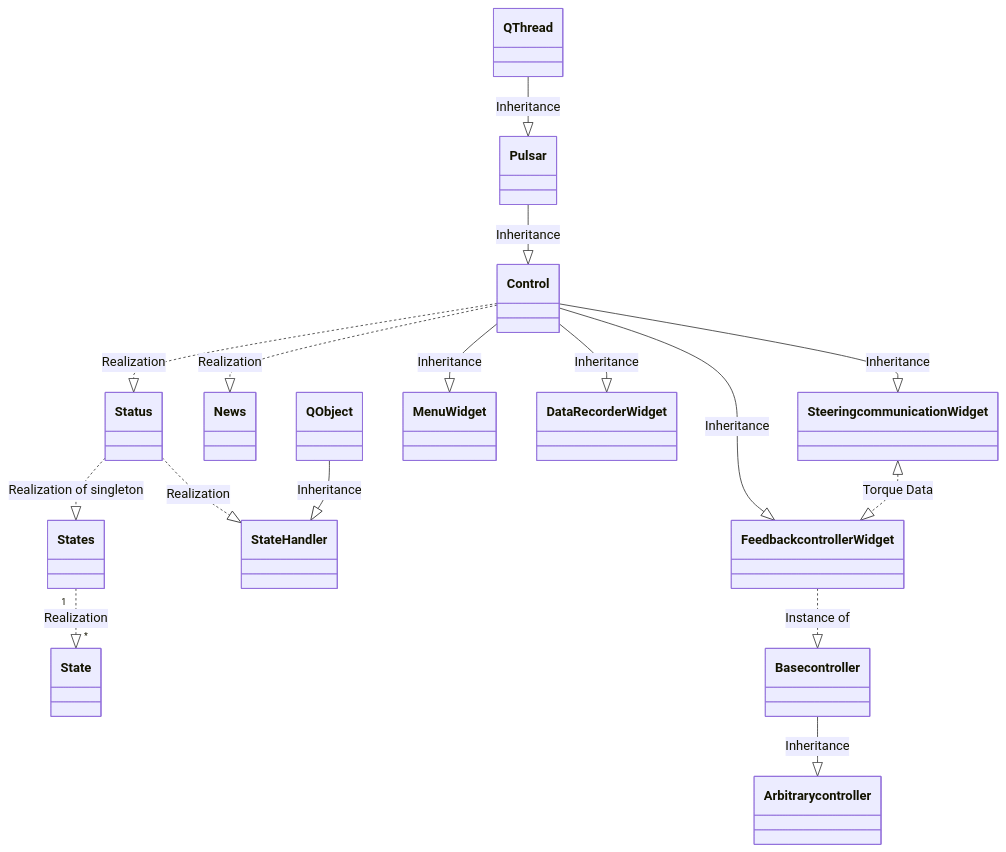
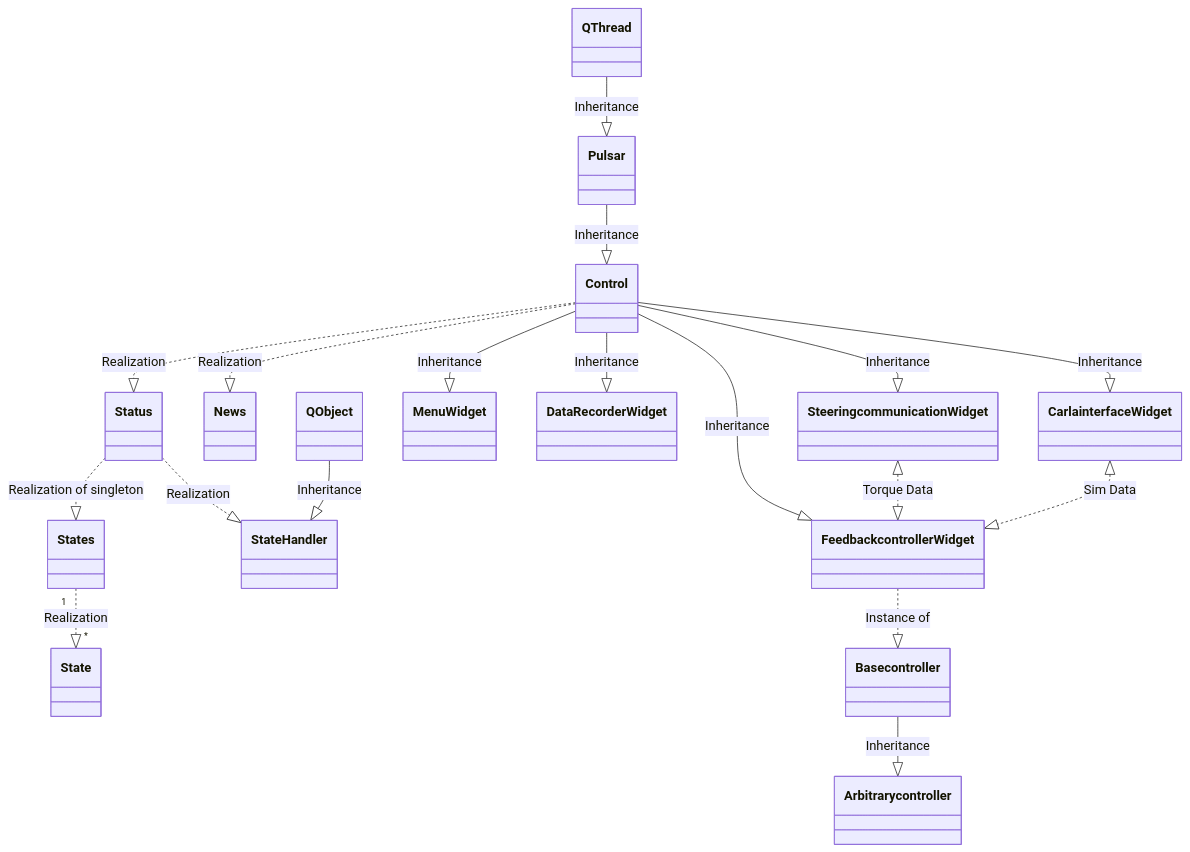
The diagram in README.md (tud-hri/joan), drawn with Mermaid before and after one commit.

````diff
--- a/README.md
+++ b/README.md
@@ -32,35 +32,38 @@
 ```mermaid
     classDiagram
         class Status
         class News
         class State
         class States
         class StateHandler
         class Pulsar
         class QObject
         class QThread
         class MenuWidget
         class DataRecorderWidget
         class FeedbackcontrollerWidget
         class Basecontroller
         class Arbitrarycontroller
+        class CarlainterfaceWidget
 
         States "1" ..|> "*" State : Realization
         Status ..|> States : Realization of singleton
         Status ..|> StateHandler : Realization
         QObject --|> StateHandler : Inheritance
         QThread --|> Pulsar : Inheritance
         Pulsar --|> Control : Inheritance
         Control ..|> Status : Realization
         Control ..|> News : Realization
         Control --|> MenuWidget : Inheritance
         Control  --|> DataRecorderWidget : Inheritance
         Control --|> FeedbackcontrollerWidget: Inheritance
         Control --|> SteeringcommunicationWidget: Inheritance
+        Control --|> CarlainterfaceWidget: Inheritance
 
         FeedbackcontrollerWidget ..|> Basecontroller: Instance of
         Basecontroller --|> Arbitrarycontroller: Inheritance
 
         SteeringcommunicationWidget <|..|> FeedbackcontrollerWidget : Torque Data
+        CarlainterfaceWidget <|..|> FeedbackcontrollerWidget: Sim Data
 
 ```
````
